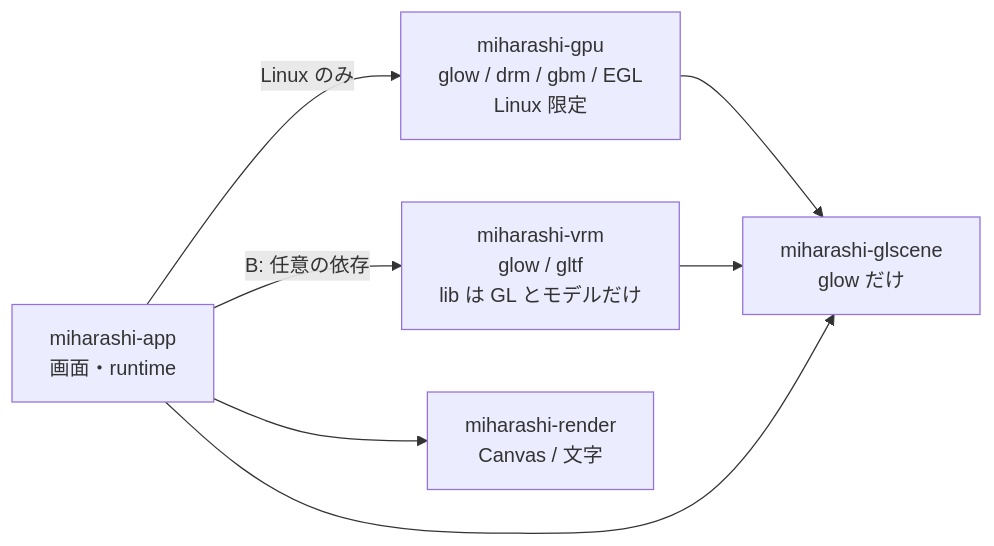
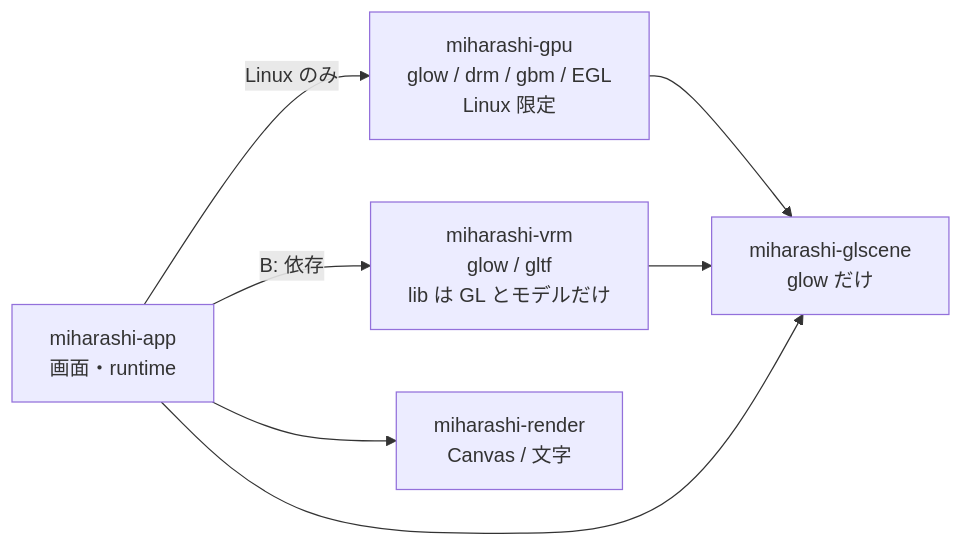
One commit to ysogabe/miharashi changed the first of 2 diagrams in docs/DESIGN-screen-plugin-v2.md. Above: the diagram before and after it, drawn with Mermaid. The commit also changed other lines of this file, not shown here.

First line of the commit message:
docs: 設計書の古い記述(sparse 検査・有効化の設定・vrm への依存)を実装に合わせる (#71)

````diff
--- a/docs/DESIGN-screen-plugin-v2.md
+++ b/docs/DESIGN-screen-plugin-v2.md
@@ -163,14 +163,14 @@
 ```mermaid
 flowchart LR
     GS["miharashi-glscene<br/>glow だけ"]
     GPU["miharashi-gpu<br/>glow / drm / gbm / EGL<br/>Linux 限定"]
     VRM["miharashi-vrm<br/>glow / gltf<br/>lib は GL とモデルだけ"]
     APP["miharashi-app<br/>画面・runtime"]
     RND["miharashi-render<br/>Canvas / 文字"]
     GPU --> GS
     VRM --> GS
     APP --> GS
     APP -->|Linux のみ| GPU
-    APP -->|"B: 任意の依存"| VRM
+    APP -->|"B: 依存"| VRM
     APP --> RND
 ```
````
